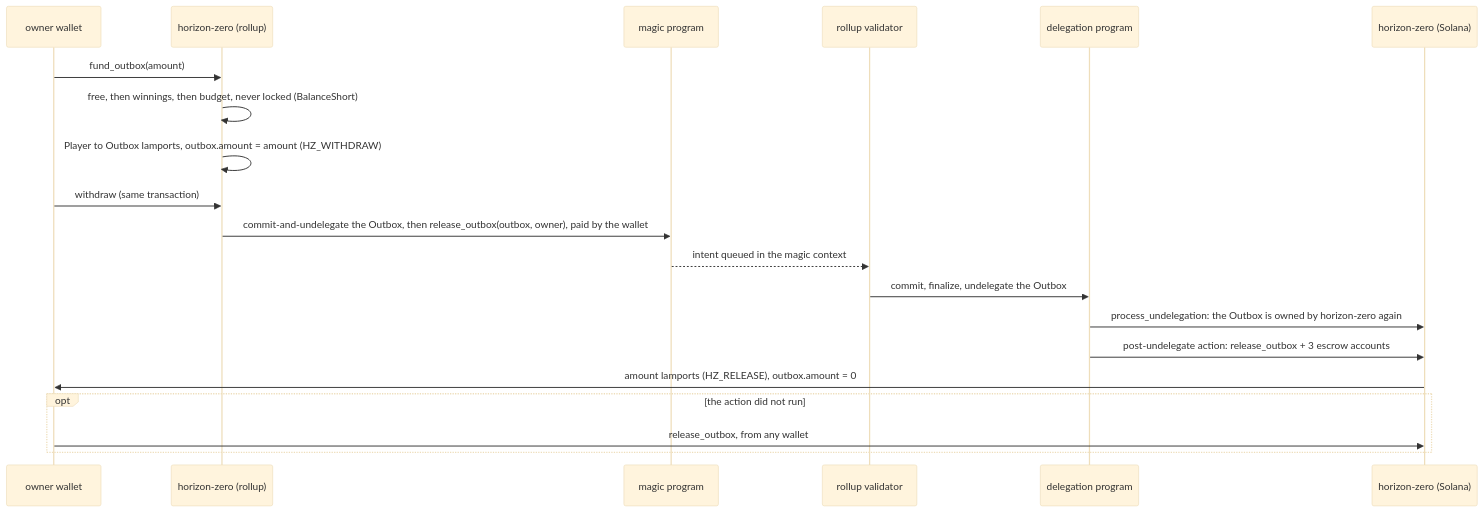
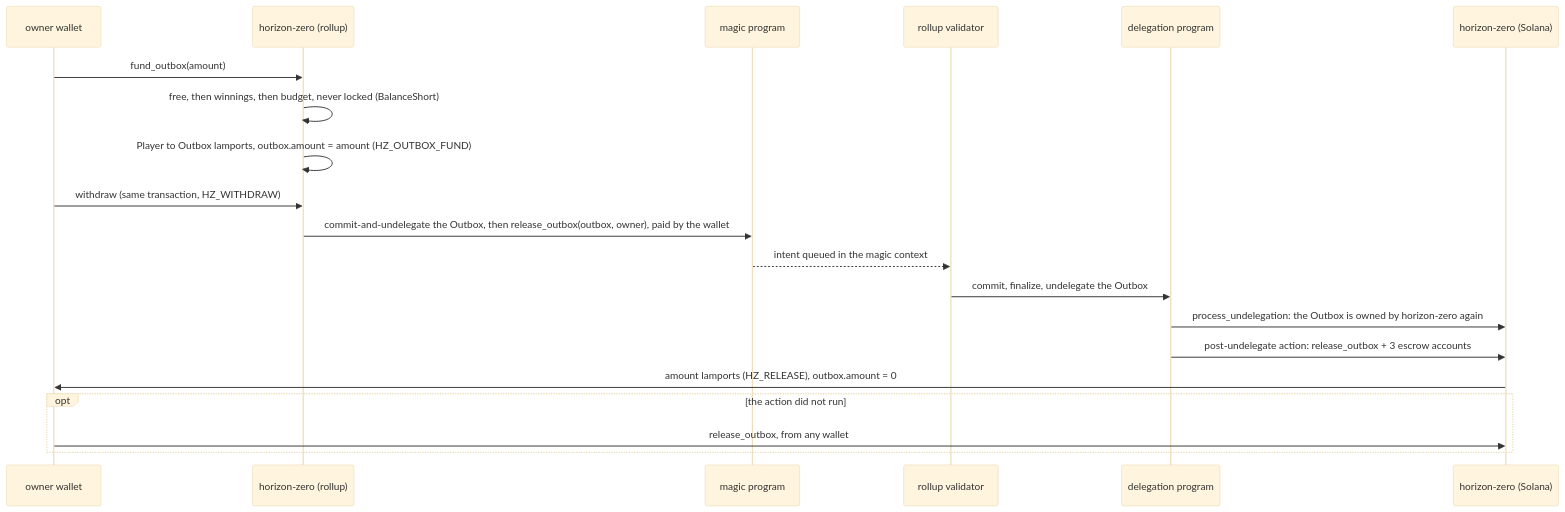
The third of 4 diagrams in docs/src/matchmaking.md (Dodecahedr0x/horizon-zero), drawn with Mermaid (base theme) before and after one commit. The commit also changed other lines of this file and 6 other files, not shown here.

````diff
--- a/docs/src/matchmaking.md
+++ b/docs/src/matchmaking.md
@@ -102,22 +102,22 @@
 ```mermaid
 sequenceDiagram
   participant Wallet as owner wallet
   participant ER as horizon-zero (rollup)
   participant Magic as magic program
   participant Validator as rollup validator
   participant DLP as delegation program
   participant Base as horizon-zero (Solana)
   Wallet->>ER: fund_outbox(amount)
   ER->>ER: free, then winnings, then budget, never locked (BalanceShort)
-  ER->>ER: Player to Outbox lamports, outbox.amount = amount (HZ_WITHDRAW)
-  Wallet->>ER: withdraw (same transaction)
+  ER->>ER: Player to Outbox lamports, outbox.amount = amount (HZ_OUTBOX_FUND)
+  Wallet->>ER: withdraw (same transaction, HZ_WITHDRAW)
   ER->>Magic: commit-and-undelegate the Outbox, then release_outbox(outbox, owner), paid by the wallet
   Magic-->>Validator: intent queued in the magic context
   Validator->>DLP: commit, finalize, undelegate the Outbox
   DLP->>Base: process_undelegation: the Outbox is owned by horizon-zero again
   DLP->>Base: post-undelegate action: release_outbox + 3 escrow accounts
   Base->>Wallet: amount lamports (HZ_RELEASE), outbox.amount = 0
   opt the action did not run
     Wallet->>Base: release_outbox, from any wallet
   end
 ```
````
